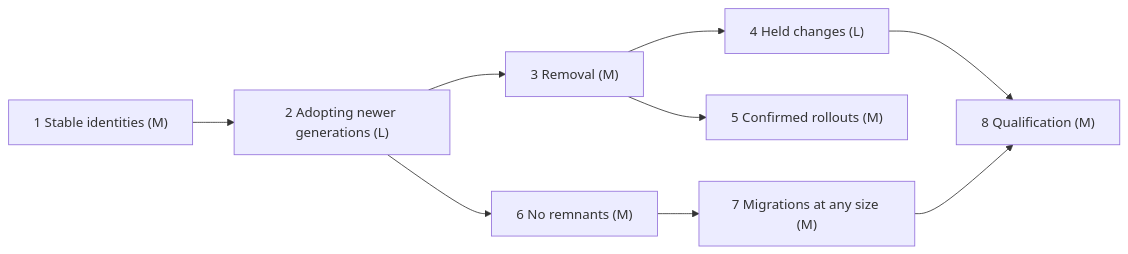
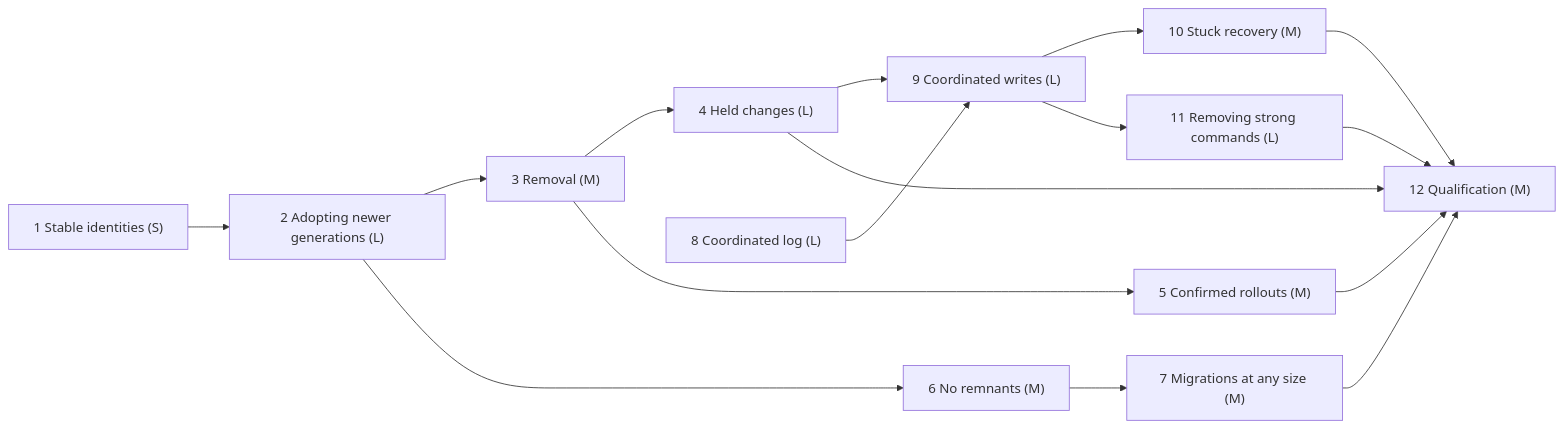
The diagram in docs/features_09/README.md (BierDav/rocky), drawn with Mermaid before and after one commit. The commit also changed other lines of this file and 14 other files, not shown here.

Commit message:
docs(features_09): plan coordinated writes and close planning gaps

````diff
--- a/docs/features_09/README.md
+++ b/docs/features_09/README.md
@@ -96,11 +112,18 @@
 ```mermaid
 flowchart LR
-    P1["1 Stable identities (M)"] --> P2["2 Adopting newer generations (L)"]
+    P1["1 Stable identities (S)"] --> P2["2 Adopting newer generations (L)"]
     P2 --> P3["3 Removal (M)"]
     P3 --> P4["4 Held changes (L)"]
     P3 --> P5["5 Confirmed rollouts (M)"]
     P2 --> P6["6 No remnants (M)"]
     P6 --> P7["7 Migrations at any size (M)"]
-    P4 --> P8["8 Qualification (M)"]
-    P7 --> P8
+    P8["8 Coordinated log (L)"] --> P9["9 Coordinated writes (L)"]
+    P4 --> P9
+    P9 --> P10["10 Stuck recovery (M)"]
+    P9 --> P11["11 Removing strong commands (L)"]
+    P4 --> P12["12 Qualification (M)"]
+    P5 --> P12
+    P7 --> P12
+    P10 --> P12
+    P11 --> P12
 ```
````
